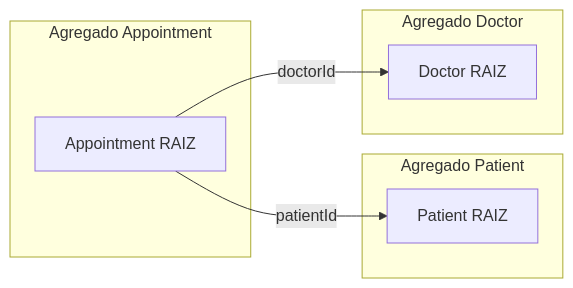
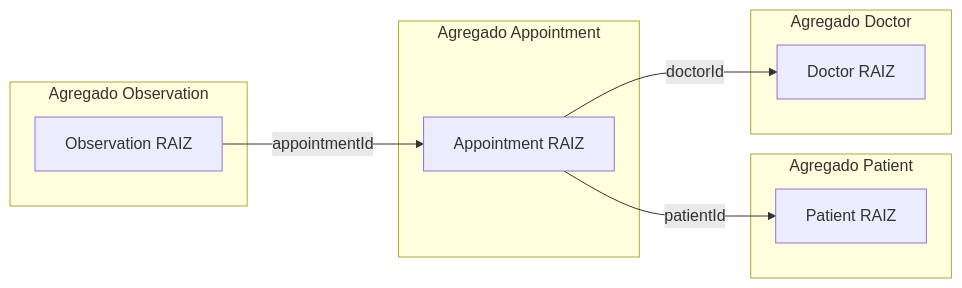
Before and after one commit to engproduct/nestjs-planner-api: the diagram in docs/domain.md, drawn with Mermaid. The commit also changed other lines of this file and 1 other file, not shown here.

Commit message:
docs: adding observation domain

````diff
--- a/docs/domain.md
+++ b/docs/domain.md
@@ -84,14 +149,23 @@
 ```mermaid
 flowchart LR
+
   subgraph patientAgg [Agregado Patient]
     Patient[Patient RAIZ]
   end
+
   subgraph doctorAgg [Agregado Doctor]
     Doctor[Doctor RAIZ]
   end
+
   subgraph appointmentAgg [Agregado Appointment]
     Appointment[Appointment RAIZ]
   end
+
+  subgraph observationAgg [Agregado Observation]
+    Observation[Observation RAIZ]
+  end
+
   Appointment -->|patientId| Patient
   Appointment -->|doctorId| Doctor
+  Observation -->|appointmentId| Appointment
 ```
````
